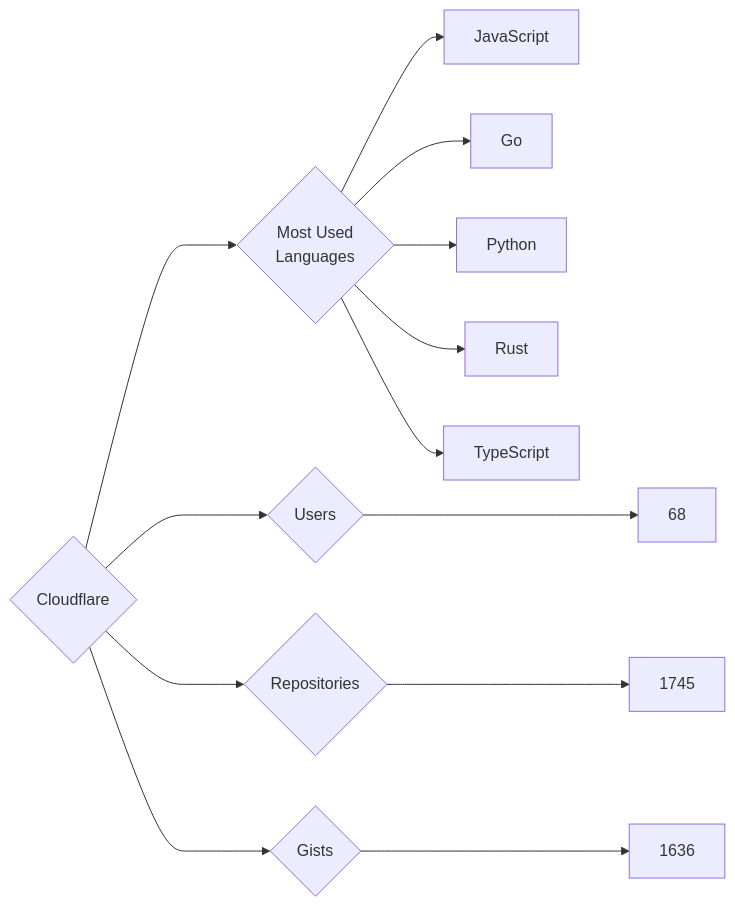
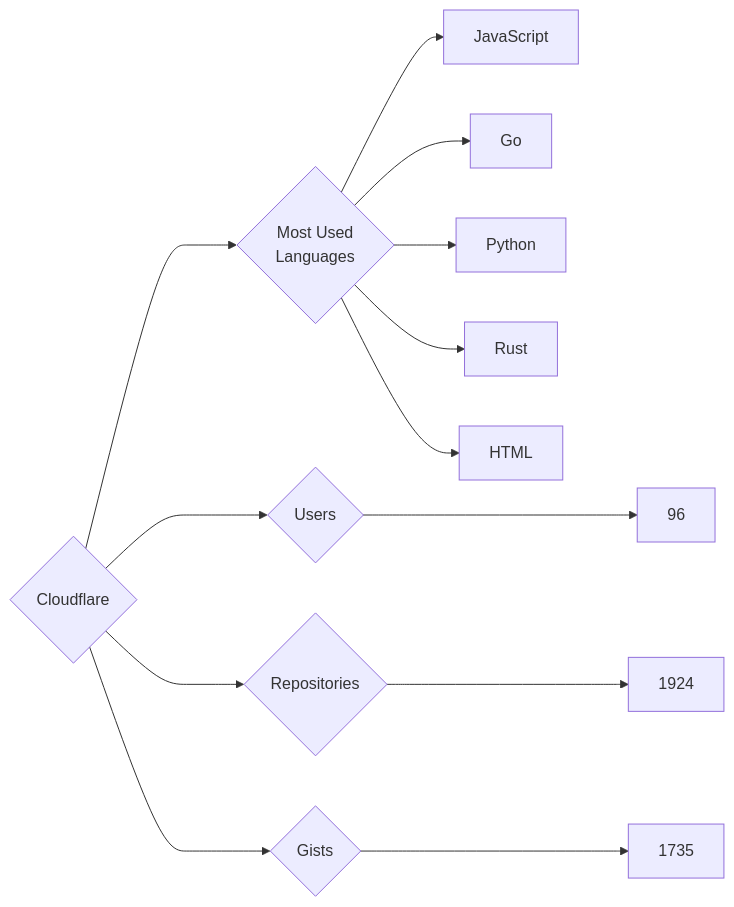
One commit to trickest/insiders changed the diagram in targets/Cloudflare/README.md. Above: the diagram before and after it, drawn with Mermaid. The commit also changed 750 other files, not shown here.

````diff
--- a/targets/Cloudflare/README.md
+++ b/targets/Cloudflare/README.md
@@ -3,13 +3,13 @@
 ```mermaid
 graph LR
 COMPANY_NAME{Cloudflare}
-COMPANY_NAME ---> U{Users} ---> UN[68]
-COMPANY_NAME ---> R{Repositories} ---> RN[1745]
-COMPANY_NAME ---> G{Gists} ---> GN[1636]
+COMPANY_NAME ---> U{Users} ---> UN[96]
+COMPANY_NAME ---> R{Repositories} ---> RN[1924]
+COMPANY_NAME ---> G{Gists} ---> GN[1735]
 COMPANY_NAME ---> ML{Most Used<br>Languages}
 ML --> JavaScript[JavaScript]
 ML --> Go[Go]
 ML --> Python[Python]
 ML --> Rust[Rust]
-ML --> TypeScript[TypeScript]
+ML --> HTML[HTML]
 ```
````
